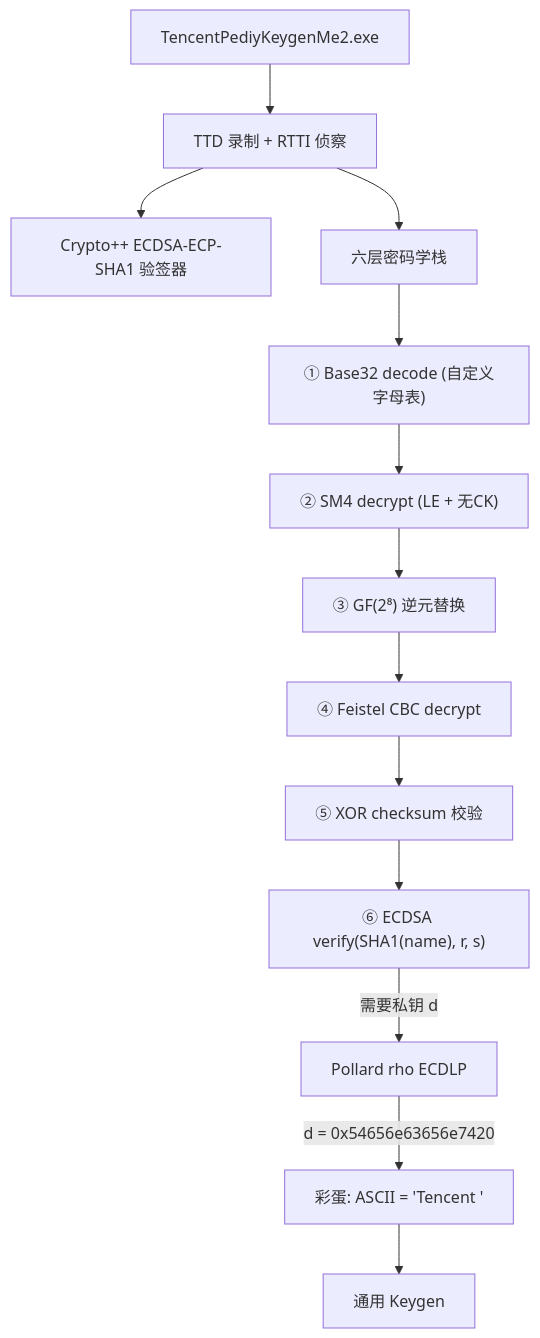
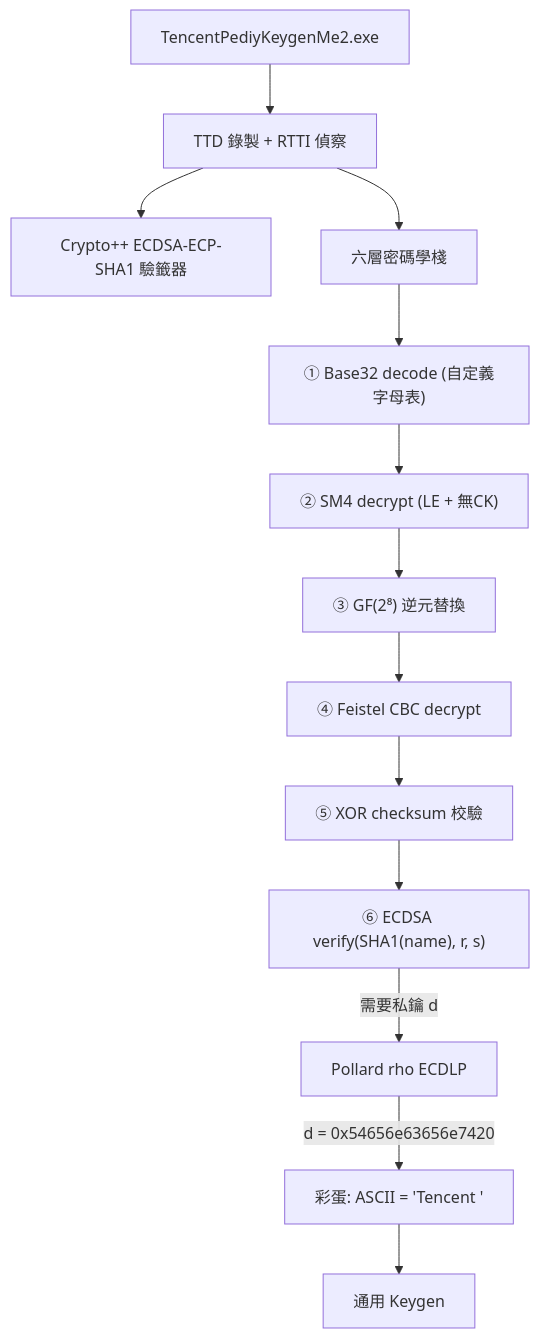
One commit to rongkao/ctf-writeups changed the diagram in docs/2026-10-03_CTF-KCTF-TencentPediyKeygenMe-writeup.md. Above: the diagram before and after it, drawn with Mermaid. The commit also changed other lines of this file and 21 other files, not shown here.

````diff
--- a/docs/2026-10-03_CTF-KCTF-TencentPediyKeygenMe-writeup.md
+++ b/docs/2026-10-03_CTF-KCTF-TencentPediyKeygenMe-writeup.md
@@ -21,15 +21,15 @@
 ```mermaid
 flowchart TD
-    A[TencentPediyKeygenMe2.exe] --> B[TTD 录制 + RTTI 侦察]
-    B --> C[Crypto++ ECDSA-ECP-SHA1 验签器]
-    B --> D[六层密码学栈]
-    D --> E1["① Base32 decode (自定义字母表)"]
-    E1 --> E2["② SM4 decrypt (LE + 无CK)"]
-    E2 --> E3["③ GF(2⁸) 逆元替换"]
+    A[TencentPediyKeygenMe2.exe] --> B[TTD 錄製 + RTTI 偵察]
+    B --> C[Crypto++ ECDSA-ECP-SHA1 驗籤器]
+    B --> D[六層密碼學棧]
+    D --> E1["① Base32 decode (自定義字母表)"]
+    E1 --> E2["② SM4 decrypt (LE + 無CK)"]
+    E2 --> E3["③ GF(2⁸) 逆元替換"]
     E3 --> E4["④ Feistel CBC decrypt"]
-    E4 --> E5["⑤ XOR checksum 校验"]
+    E4 --> E5["⑤ XOR checksum 校驗"]
     E5 --> E6["⑥ ECDSA verify(SHA1(name), r, s)"]
-    E6 -->|需要私钥 d| F[Pollard rho ECDLP]
+    E6 -->|需要私鑰 d| F[Pollard rho ECDLP]
     F -->|d = 0x54656e63656e7420| G["彩蛋: ASCII = 'Tencent '"]
     G --> H[通用 Keygen]
 ```
````
